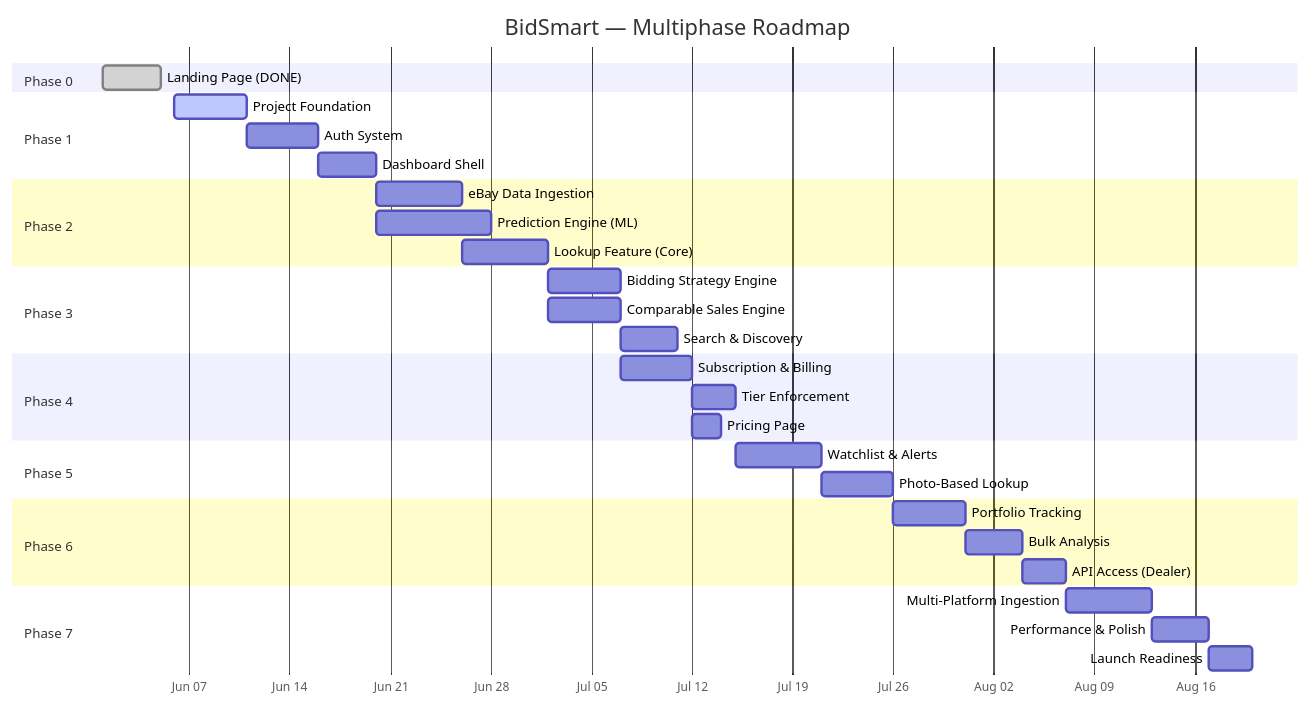
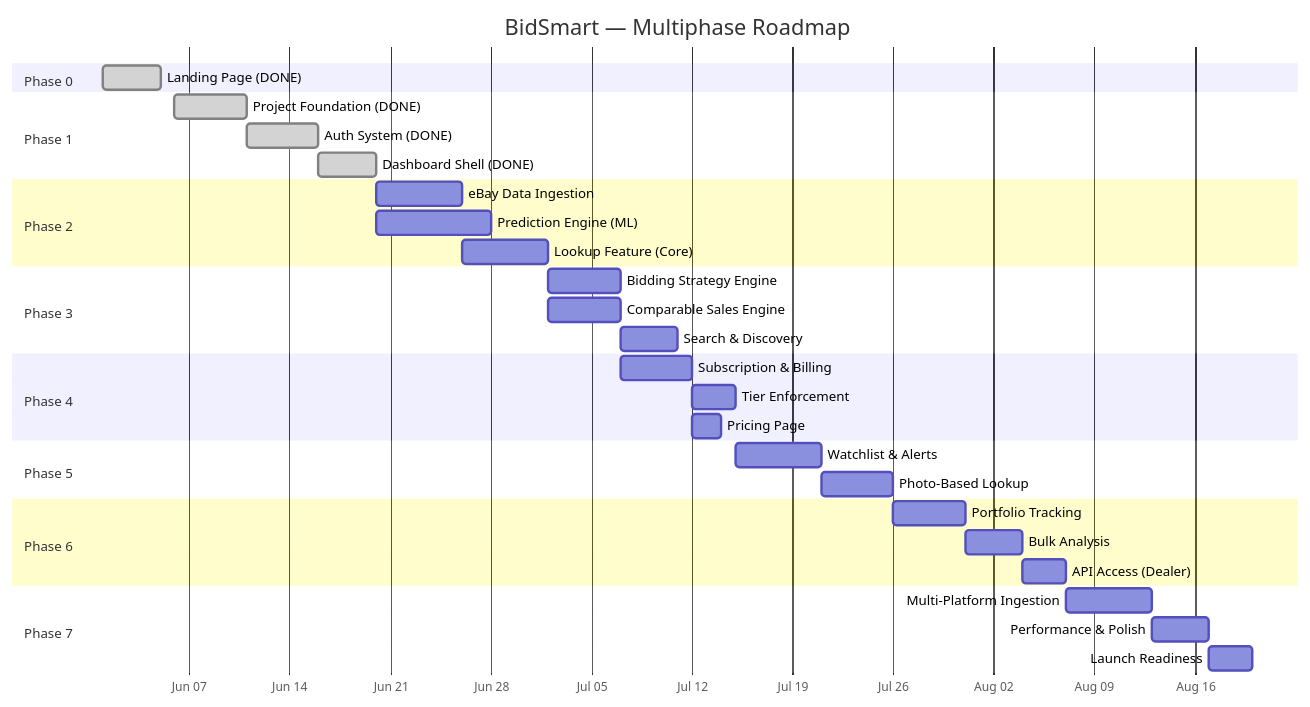
Before and after one commit to harshita-that/bidsmartai: the first of 2 diagrams in docs/multiphase_plan.md, drawn with Mermaid. The commit also changed other lines of this file, not shown here.

````diff
--- a/docs/multiphase_plan.md
+++ b/docs/multiphase_plan.md
@@ -9,43 +9,43 @@
 ```mermaid
 gantt
     title BidSmart — Multiphase Roadmap
     dateFormat  YYYY-MM-DD
     axisFormat  %b %d
 
     section Phase 0
     Landing Page (DONE)           :done, p0, 2026-06-01, 2026-06-05
 
     section Phase 1
-    Project Foundation            :active, p1a, 2026-06-06, 5d
-    Auth System                   :p1b, after p1a, 5d
-    Dashboard Shell               :p1c, after p1b, 4d
+    Project Foundation (DONE)     :done, p1a, 2026-06-06, 5d
+    Auth System (DONE)            :done, p1b, after p1a, 5d
+    Dashboard Shell (DONE)        :done, p1c, after p1b, 4d
 
     section Phase 2
     eBay Data Ingestion           :p2a, after p1c, 6d
     Prediction Engine (ML)        :p2b, after p1c, 8d
     Lookup Feature (Core)         :p2c, after p2a, 6d
 
     section Phase 3
     Bidding Strategy Engine       :p3a, after p2c, 5d
     Comparable Sales Engine       :p3b, after p2c, 5d
     Search & Discovery            :p3c, after p3b, 4d
 
     section Phase 4
     Subscription & Billing        :p4a, after p3a, 5d
     Tier Enforcement              :p4b, after p4a, 3d
     Pricing Page                  :p4c, after p4a, 2d
 
     section Phase 5
     Watchlist & Alerts            :p5a, after p4b, 6d
     Photo-Based Lookup            :p5b, after p5a, 5d
 
     section Phase 6
     Portfolio Tracking            :p6a, after p5b, 5d
     Bulk Analysis                 :p6b, after p6a, 4d
     API Access (Dealer)           :p6c, after p6b, 3d
 
     section Phase 7
     Multi-Platform Ingestion      :p7a, after p6c, 6d
     Performance & Polish          :p7b, after p7a, 4d
     Launch Readiness              :p7c, after p7b, 3d
 ```
````
